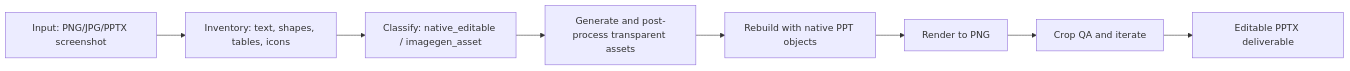
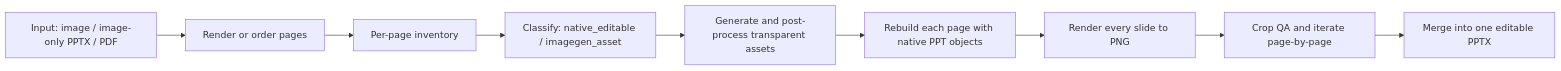
The diagram in README.md (knight6669/knight-imagetopptx-skill), drawn with Mermaid before and after one commit. The commit also changed other lines of this file, not shown here.

Commit message:
Document multi-page README workflow

````diff
--- a/README.md
+++ b/README.md
@@ -145,10 +151,11 @@
 ```mermaid
 flowchart LR
-  A["Input: PNG/JPG/PPTX screenshot"] --> B["Inventory: text, shapes, tables, icons"]
-  B --> C["Classify: native_editable / imagegen_asset"]
-  C --> D["Generate and post-process transparent assets"]
-  D --> E["Rebuild with native PPT objects"]
-  E --> F["Render to PNG"]
-  F --> G["Crop QA and iterate"]
-  G --> H["Editable PPTX deliverable"]
+  A["Input: image / image-only PPTX / PDF"] --> B["Render or order pages"]
+  B --> C["Per-page inventory"]
+  C --> D["Classify: native_editable / imagegen_asset"]
+  D --> E["Generate and post-process transparent assets"]
+  E --> F["Rebuild each page with native PPT objects"]
+  F --> G["Render every slide to PNG"]
+  G --> H["Crop QA and iterate page-by-page"]
+  H --> I["Merge into one editable PPTX"]
 ```
````
